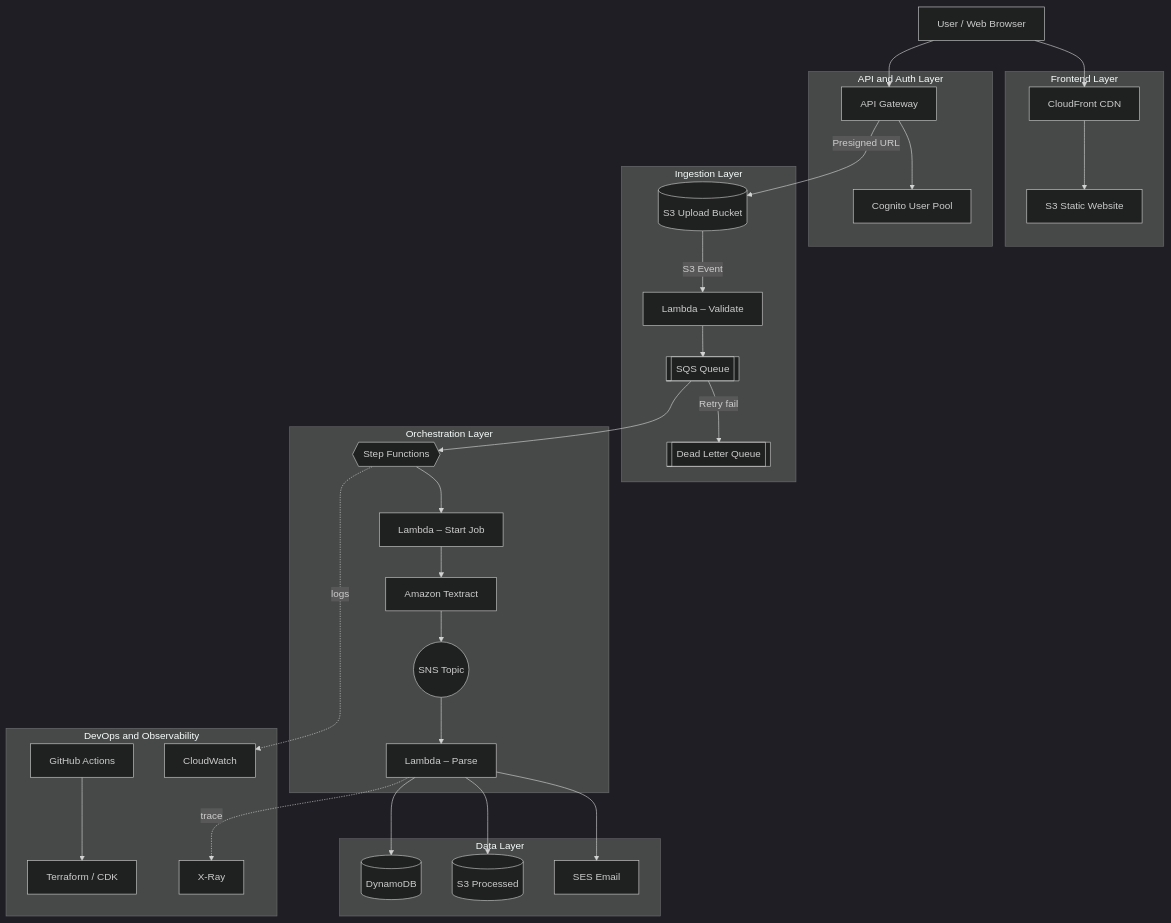
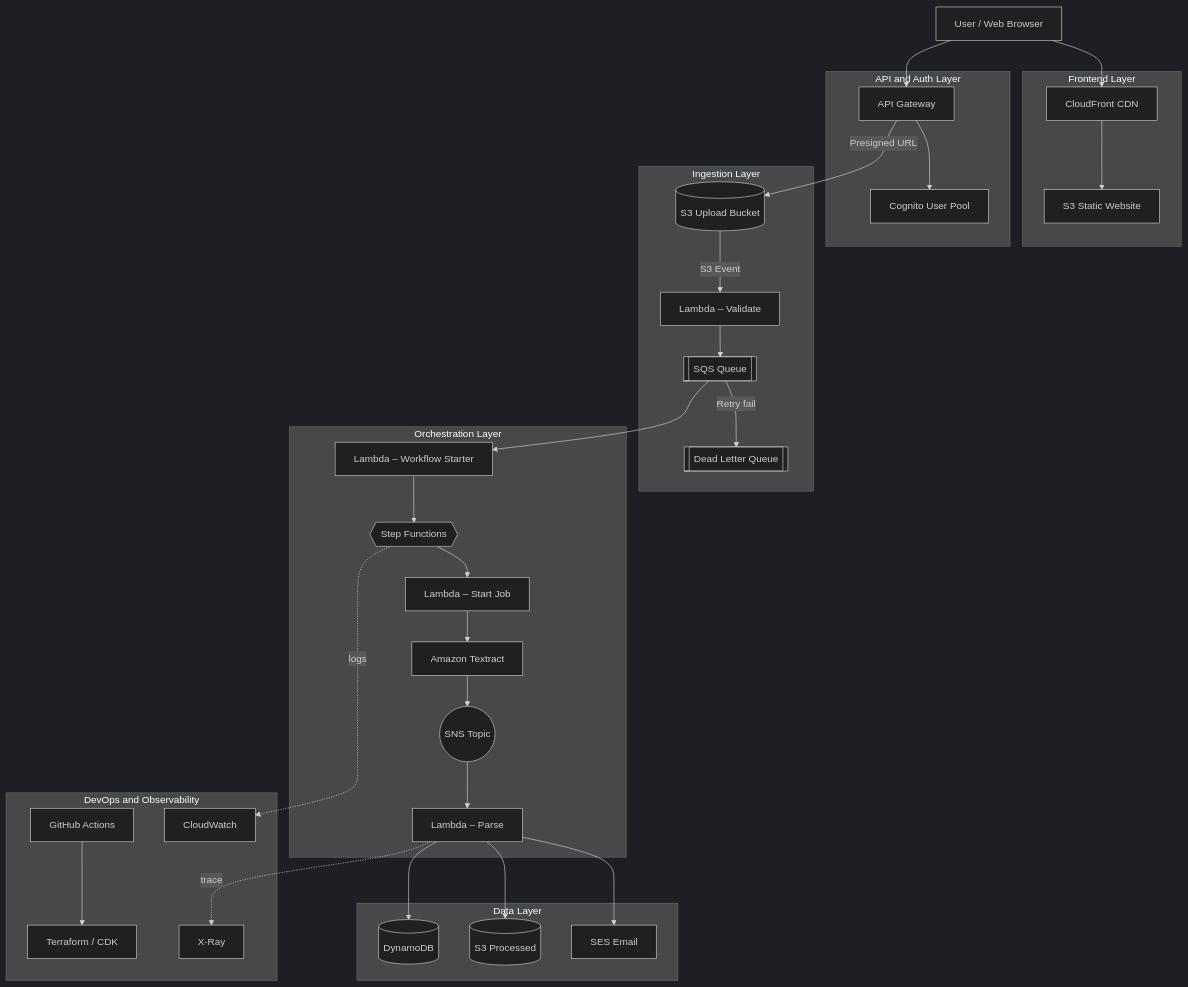
Before and after one commit to quanpt090706/idp-aws-pipeline: the diagram in README.md, drawn with Mermaid (dark theme). The commit also changed other lines of this file and 59 other files, not shown here.

````diff
--- a/README.md
+++ b/README.md
@@ -30,54 +32,55 @@
 ```mermaid
 flowchart TD
     U[User / Web Browser]
 
     subgraph FE[Frontend Layer]
         CF[CloudFront CDN]
         S3Web[S3 Static Website]
     end
 
     subgraph Auth[API and Auth Layer]
         APIGW[API Gateway]
         Cognito[Cognito User Pool]
     end
 
     subgraph Ingest[Ingestion Layer]
         S3Up[(S3 Upload Bucket)]
         LambdaV[Lambda – Validate]
         SQS[[SQS Queue]]
         DLQ[[Dead Letter Queue]]
     end
 
     subgraph Orch[Orchestration Layer]
         SFN{{Step Functions}}
+        LambdaW[Lambda – Workflow Starter]
         LambdaS[Lambda – Start Job]
         Textract[Amazon Textract]
         SNS((SNS Topic))
         LambdaP[Lambda – Parse]
     end
 
     subgraph Data[Data Layer]
         DDB[(DynamoDB)]
         S3R[(S3 Processed)]
         SES[SES Email]
     end
 
     subgraph Ops[DevOps and Observability]
         IaC[Terraform / CDK]
         CICD[GitHub Actions]
         CW[CloudWatch]
         XRay[X-Ray]
     end
 
     U --> CF --> S3Web
     U --> APIGW --> Cognito
     APIGW -->|Presigned URL| S3Up
     S3Up -->|S3 Event| LambdaV --> SQS
     SQS -->|Retry fail| DLQ
-    SQS --> SFN --> LambdaS --> Textract
+    SQS --> LambdaW --> SFN --> LambdaS --> Textract
     Textract --> SNS --> LambdaP
     LambdaP --> DDB & S3R & SES
     CICD --> IaC
     SFN -.logs.-> CW
     LambdaP -.trace.-> XRay
 ```
````
